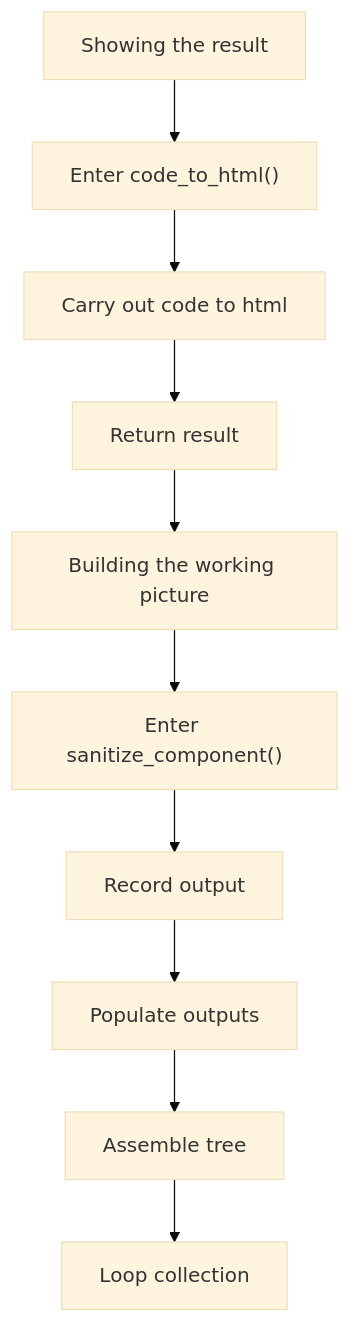
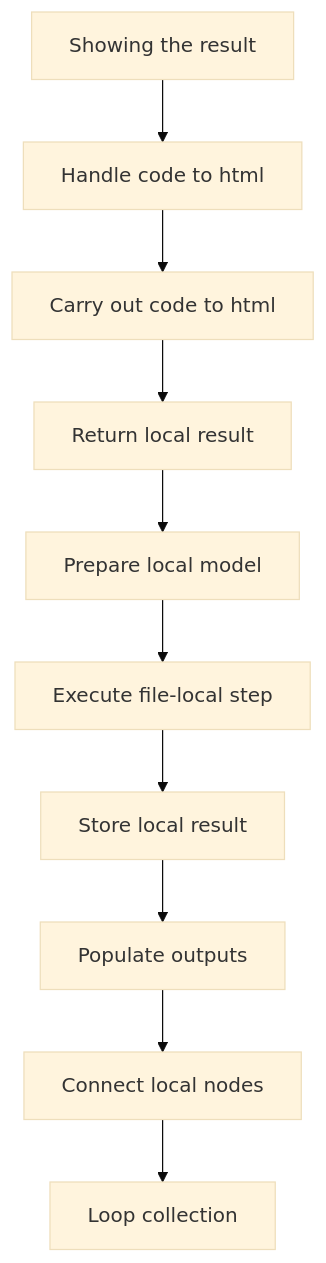
Before and after one commit to JohnAndrewBalbarosa/NeoTerritory: the second of 10 diagrams in docs/Codebase/Microservice/Modules/Source/OutputGeneration/Render/codebase_output_writer.cpp.md, drawn with Mermaid (base theme). The commit also changed other lines of this file and 915 other files, not shown here.

````diff
--- a/docs/Codebase/Microservice/Modules/Source/OutputGeneration/Render/codebase_output_writer.cpp.md
+++ b/docs/Codebase/Microservice/Modules/Source/OutputGeneration/Render/codebase_output_writer.cpp.md
@@ -56,22 +55,22 @@
 ```mermaid
 flowchart TD
     N0["Showing the result"]
-    N1["Enter code_to_html()"]
+    N1["Handle code to html"]
     N2["Carry out code to html"]
-    N3["Return result"]
-    N4["Building the working picture"]
-    N5["Enter sanitize_component()"]
-    N6["Record output"]
+    N3["Return local result"]
+    N4["Prepare local model"]
+    N5["Execute file-local step"]
+    N6["Store local result"]
     N7["Populate outputs"]
-    N8["Assemble tree"]
+    N8["Connect local nodes"]
     N9["Loop collection"]
     N0 --> N1
     N1 --> N2
     N2 --> N3
     N3 --> N4
     N4 --> N5
     N5 --> N6
     N6 --> N7
     N7 --> N8
     N8 --> N9
 ```
````
